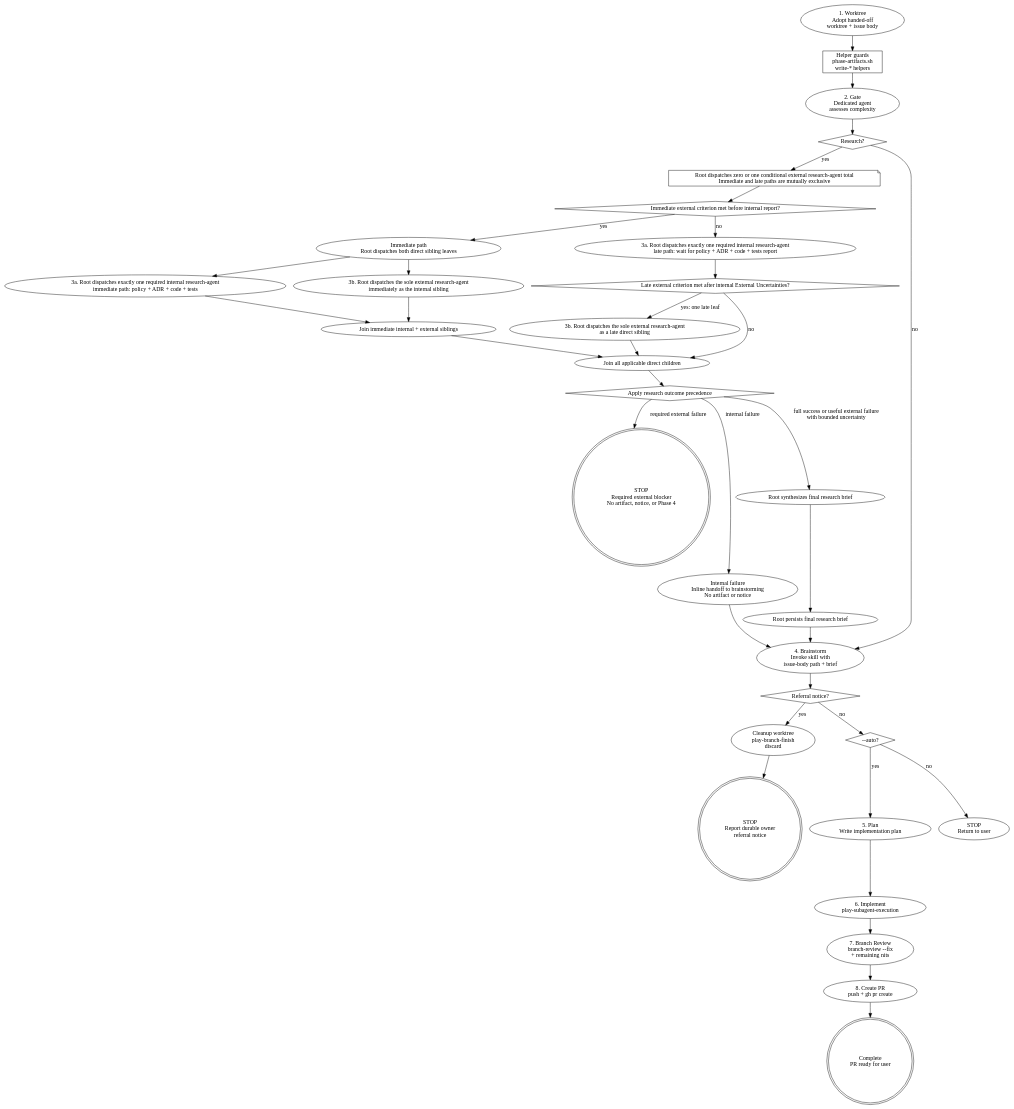
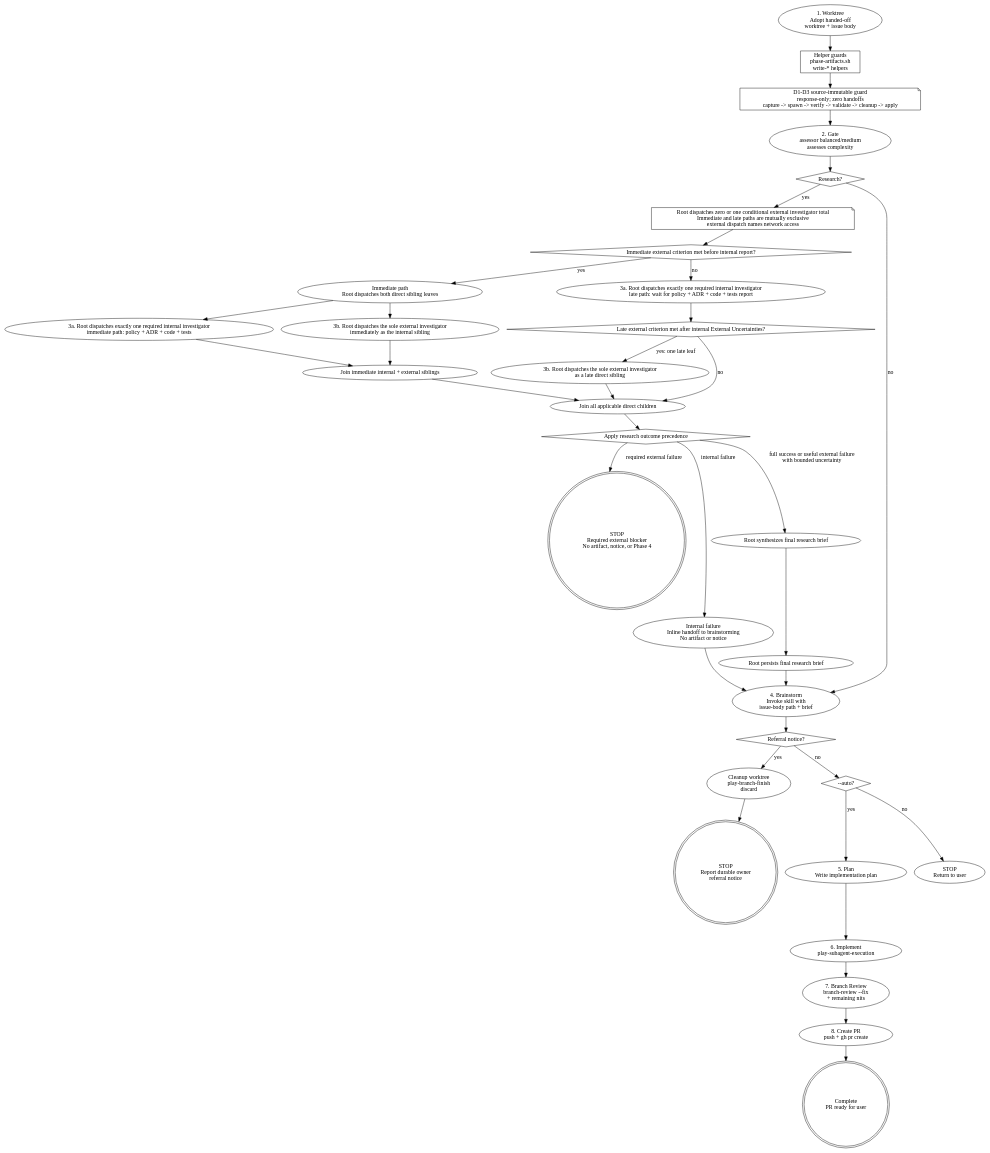
One commit to ryumiel/devcanon changed the diagram in skills/issue-priming-workflow/references/workflow-diagram.md. Above: the diagram before and after it, drawn with Graphviz. The commit also changed 69 other files, not shown here.

````diff
--- a/skills/issue-priming-workflow/references/workflow-diagram.md
+++ b/skills/issue-priming-workflow/references/workflow-diagram.md
@@ -6,65 +6,66 @@
 ```dot
 digraph priming {
   rankdir=TB;
   worktree [label="1. Worktree\nAdopt handed-off\nworktree + issue body"];
   helpers [label="Helper guards\nphase-artifacts.sh\nwrite-* helpers", shape=box];
-  gate [label="2. Gate\nDedicated agent\nassesses complexity"];
+  immutable_guard [label="D1-D3 source-immutable guard\nresponse-only; zero handoffs\ncapture -> spawn -> verify -> validate -> cleanup -> apply", shape=note];
+  gate [label="2. Gate\nassessor balanced/medium\nassesses complexity"];
   decide [label="Research?", shape=diamond];
-  external_policy [label="Root dispatches zero or one conditional external research-agent total\nImmediate and late paths are mutually exclusive", shape=note];
+  external_policy [label="Root dispatches zero or one conditional external investigator total\nImmediate and late paths are mutually exclusive\nexternal dispatch names network access", shape=note];
   immediate_external_decide [label="Immediate external criterion met before internal report?", shape=diamond];
   immediate_fork [label="Immediate path\nRoot dispatches both direct sibling leaves"];
-  immediate_internal_research [label="3a. Root dispatches exactly one required internal research-agent\nimmediate path: policy + ADR + code + tests"];
-  immediate_external_research [label="3b. Root dispatches the sole external research-agent\nimmediately as the internal sibling"];
+  immediate_internal_research [label="3a. Root dispatches exactly one required internal investigator\nimmediate path: policy + ADR + code + tests"];
+  immediate_external_research [label="3b. Root dispatches the sole external investigator\nimmediately as the internal sibling"];
   immediate_join [label="Join immediate internal + external siblings"];
-  late_internal_research [label="3a. Root dispatches exactly one required internal research-agent\nlate path: wait for policy + ADR + code + tests report"];
+  late_internal_research [label="3a. Root dispatches exactly one required internal investigator\nlate path: wait for policy + ADR + code + tests report"];
   late_external_decide [label="Late external criterion met after internal External Uncertainties?", shape=diamond];
-  late_external_research [label="3b. Root dispatches the sole external research-agent\nas a late direct sibling"];
+  late_external_research [label="3b. Root dispatches the sole external investigator\nas a late direct sibling"];
   research_join [label="Join all applicable direct children"];
   research_outcome [label="Apply research outcome precedence", shape=diamond];
   research_required_stop [label="STOP\nRequired external blocker\nNo artifact, notice, or Phase 4", shape=doublecircle];
   research_internal_inline [label="Internal failure\nInline handoff to brainstorming\nNo artifact or notice"];
   research_synthesize [label="Root synthesizes final research brief"];
   research_persist [label="Root persists final research brief"];
   brainstorm [label="4. Brainstorm\nInvoke skill with\nissue-body path + brief"];
   referral_check [label="Referral notice?", shape=diamond];
   cleanup [label="Cleanup worktree\nplay-branch-finish\ndiscard"];
   referral [label="STOP\nReport durable owner\nreferral notice", shape=doublecircle];
   auto_check [label="--auto?", shape=diamond];
   plan [label="5. Plan\nWrite implementation plan"];
   implement [label="6. Implement\nplay-subagent-execution"];
   stop_interactive [label="STOP\nReturn to user"];
 
-  worktree -> helpers -> gate -> decide;
+  worktree -> helpers -> immutable_guard -> gate -> decide;
   decide -> external_policy [label="yes"];
   decide -> brainstorm [label="no"];
   external_policy -> immediate_external_decide;
   immediate_external_decide -> immediate_fork [label="yes"];
   immediate_external_decide -> late_internal_research [label="no"];
   immediate_fork -> immediate_internal_research;
   immediate_fork -> immediate_external_research;
   immediate_internal_research -> immediate_join;
   immediate_external_research -> immediate_join;
   immediate_join -> research_join;
   late_internal_research -> late_external_decide;
   late_external_decide -> late_external_research [label="yes: one late leaf"];
   late_external_decide -> research_join [label="no"];
   late_external_research -> research_join;
   research_join -> research_outcome;
   research_outcome -> research_required_stop [label="required external failure"];
   research_outcome -> research_internal_inline [label="internal failure"];
   research_outcome -> research_synthesize [label="full success or useful external failure\nwith bounded uncertainty"];
   research_internal_inline -> brainstorm;
   research_synthesize -> research_persist;
   research_persist -> brainstorm;
   brainstorm -> referral_check;
   referral_check -> cleanup [label="yes"];
   cleanup -> referral;
   referral_check -> auto_check [label="no"];
   auto_check -> plan [label="yes"];
   auto_check -> stop_interactive [label="no"];
   plan -> implement -> review -> create_pr -> done;
   review [label="7. Branch Review\nbranch-review --fix\n+ remaining nits"];
   create_pr [label="8. Create PR\npush + gh pr create"];
   done [label="Complete\nPR ready for user", shape=doublecircle];
 }
 ```
````
